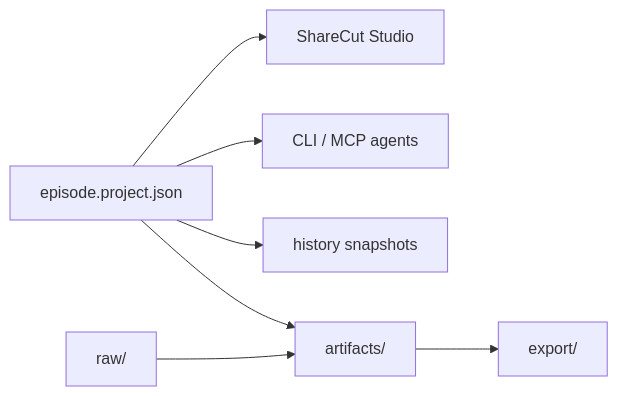
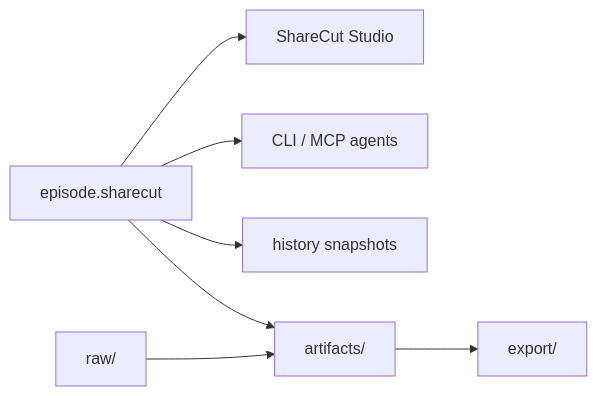
Before and after one commit to calebn/sharecut-studio: the first of 2 diagrams in ux/pages/domain-glossary.md, drawn with Mermaid. The commit also changed other lines of this file and 259 other files, not shown here.

First line of the commit message:
feat(project)!: name the project entry file episode.sharecut

````diff
--- a/ux/pages/domain-glossary.md
+++ b/ux/pages/domain-glossary.md
@@ -129,9 +129,9 @@
 ```mermaid
 flowchart LR
-  P[episode.project.json] --> GUI[ShareCut Studio]
+  P[episode.sharecut] --> GUI[ShareCut Studio]
   P --> CLI[CLI / MCP agents]
   P --> H[history snapshots]
   raw[raw/] --> ART[artifacts/]
   P --> ART
   ART --> EXP[export/]
 ```
````
